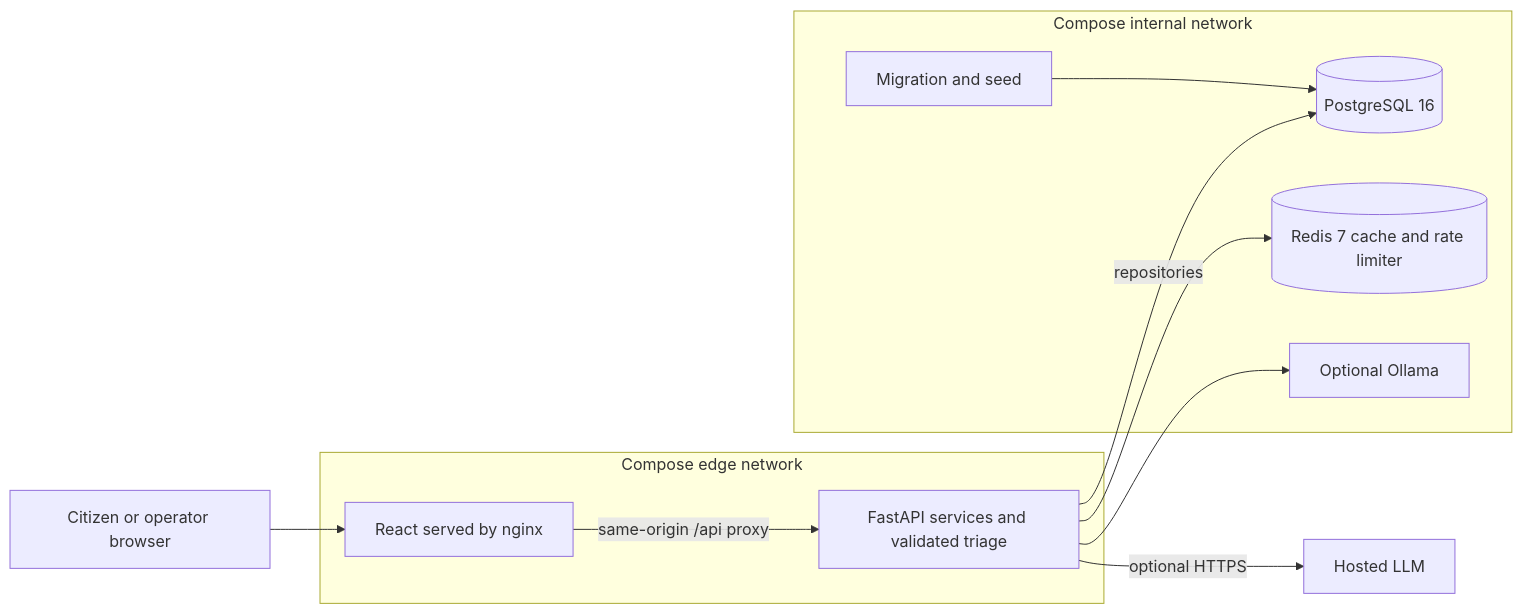
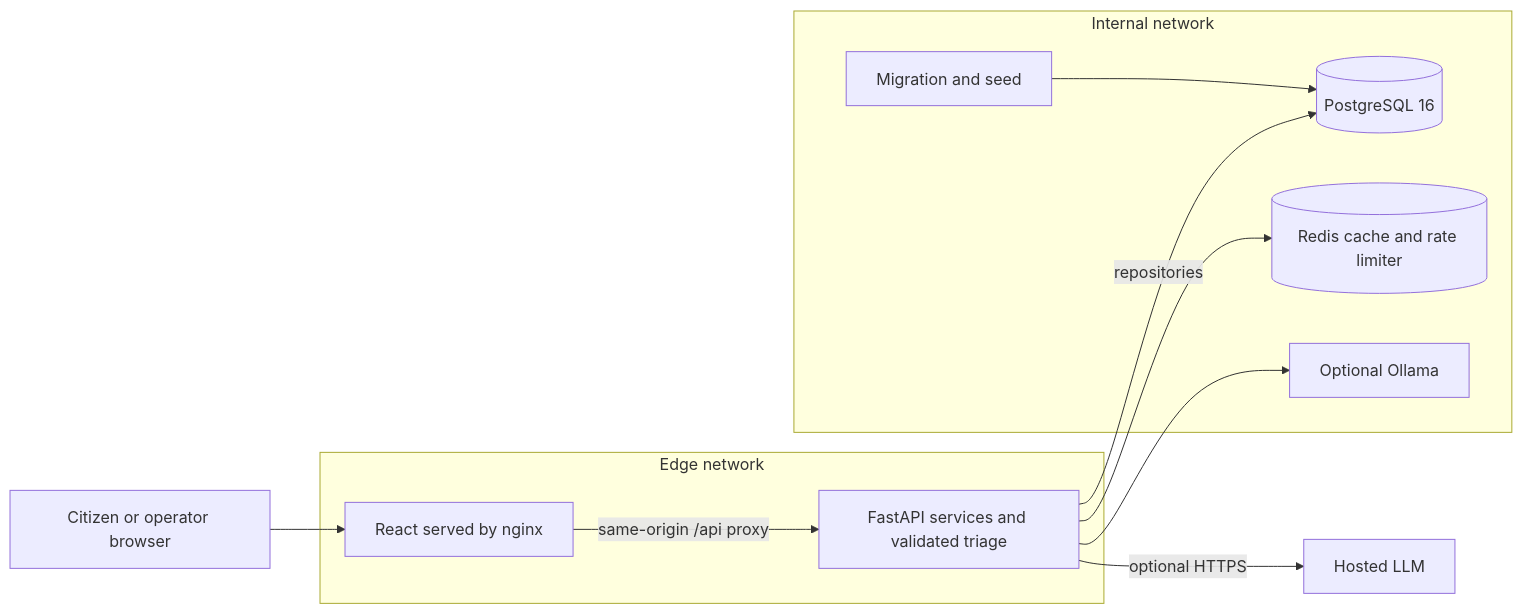
The diagram in README.md (TahaSohail-Goat/Assignment1_SCD), drawn with Mermaid before and after one commit. The commit also changed other lines of this file and 1 other file, not shown here.

````diff
--- a/README.md
+++ b/README.md
@@ -98,14 +135,14 @@
 ```mermaid
 flowchart LR
     browser[Citizen or operator browser] --> frontend[React served by nginx]
-    subgraph edge[Compose edge network]
+    subgraph edge[Edge network]
         frontend -->|same-origin /api proxy| backend[FastAPI services and validated triage]
     end
-    subgraph internal[Compose internal network]
+    subgraph internal[Internal network]
         backend -->|repositories| postgres[(PostgreSQL 16)]
-        backend --> redis[(Redis 7 cache and rate limiter)]
+        backend --> redis[(Redis cache and rate limiter)]
         backend --> ollama[Optional Ollama]
         migrate[Migration and seed] --> postgres
     end
     backend -->|optional HTTPS| hosted[Hosted LLM]
 ```
````
